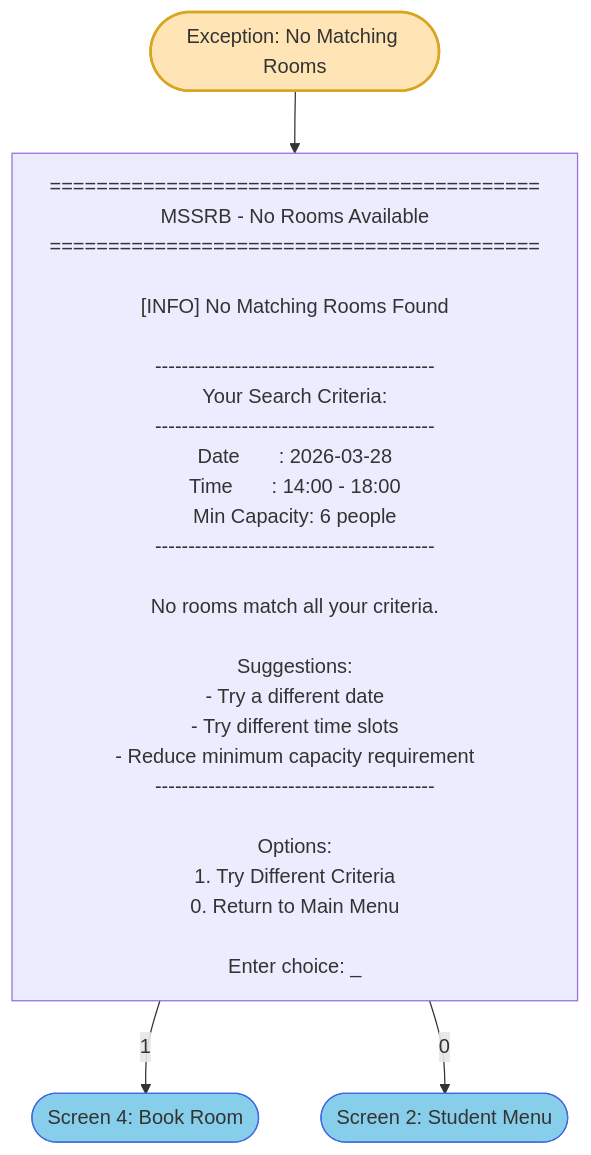
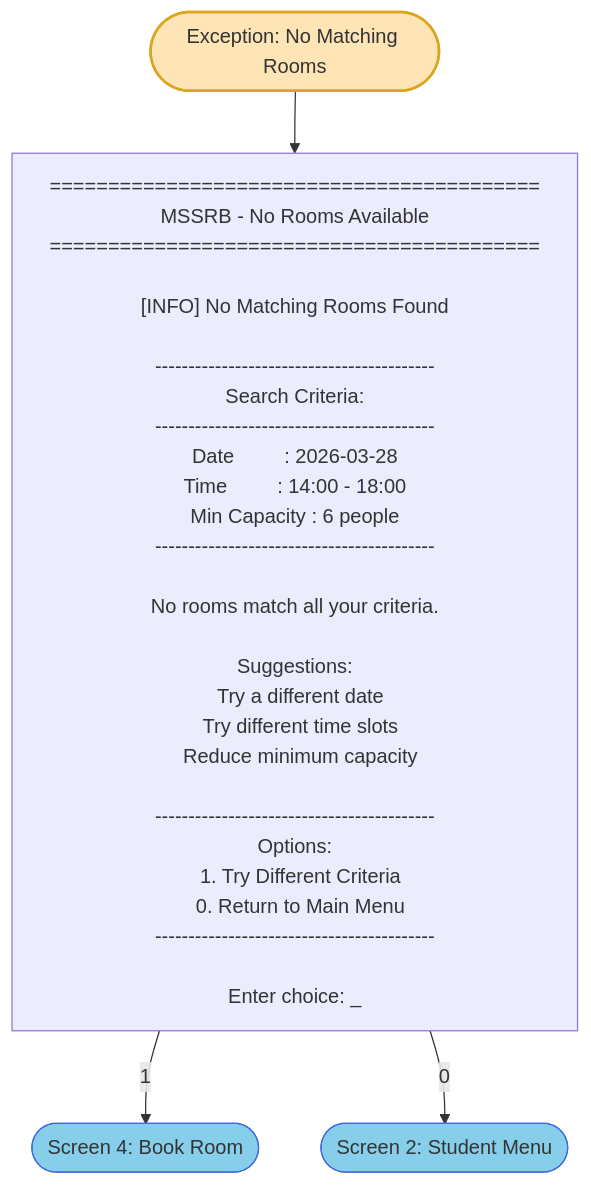
One commit to alii0110-monash/fit5136-study-room-booking changed the diagram in mermaid/member_b/exception_no_rooms.mmd. Above: the diagram before and after it, drawn with Mermaid. The commit also changed 9 other files, not shown here.

First line of the commit message:
Standardize Mermaid flowchart format and navigation

```diff
--- a/mermaid/member_b/exception_no_rooms.mmd
+++ b/mermaid/member_b/exception_no_rooms.mmd
@@ -1,43 +1,44 @@
 flowchart TB
     NO_ROOMS(["Exception: No Matching Rooms"])
 
     NR1["
 ==========================================
 MSSRB - No Rooms Available
 ==========================================
 
 [INFO] No Matching Rooms Found
 
 ------------------------------------------
-Your Search Criteria:
+Search Criteria:
 ------------------------------------------
-Date       : 2026-03-28
-Time       : 14:00 - 18:00
-Min Capacity: 6 people
+Date         : 2026-03-28
+Time         : 14:00 - 18:00
+Min Capacity : 6 people
 ------------------------------------------
 
 No rooms match all your criteria.
 
 Suggestions:
-- Try a different date
-- Try different time slots
-- Reduce minimum capacity requirement
+  Try a different date
+  Try different time slots
+  Reduce minimum capacity
+
 ------------------------------------------
-
 Options:
-1. Try Different Criteria
-0. Return to Main Menu
+  1. Try Different Criteria
+  0. Return to Main Menu
+------------------------------------------
 
 Enter choice: _
     "]
 
     BOOK(["Screen 4: Book Room"])
     STUDENT_MENU(["Screen 2: Student Menu"])
 
     NO_ROOMS --> NR1
     NR1 -->|"1"| BOOK
     NR1 -->|"0"| STUDENT_MENU
 
     style NO_ROOMS fill:#FFE4B5,stroke:#DAA520,stroke-width:2px
     style BOOK fill:#87CEEB,stroke:#4169E1
     style STUDENT_MENU fill:#87CEEB,stroke:#4169E1
```
